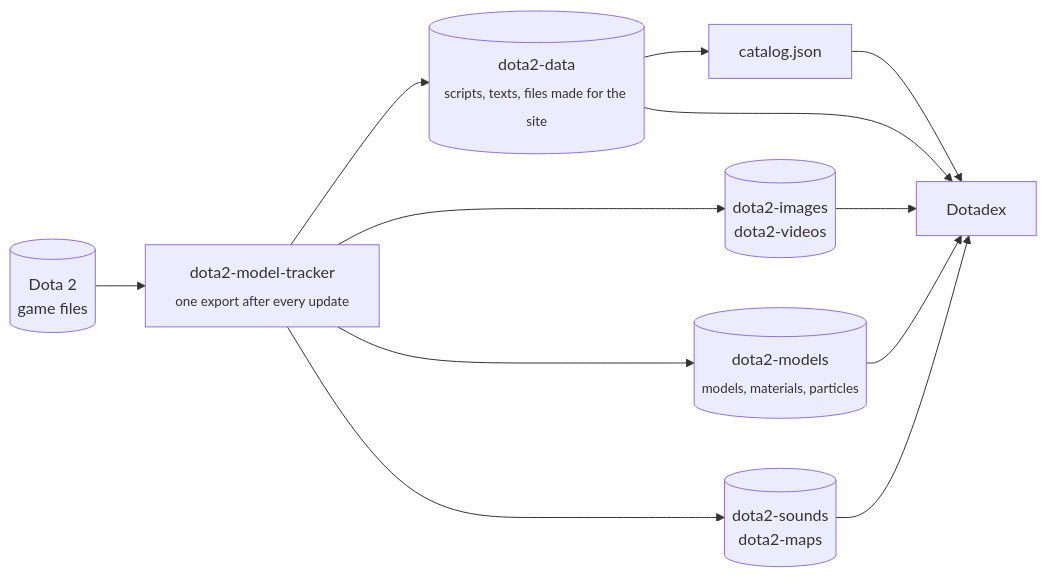
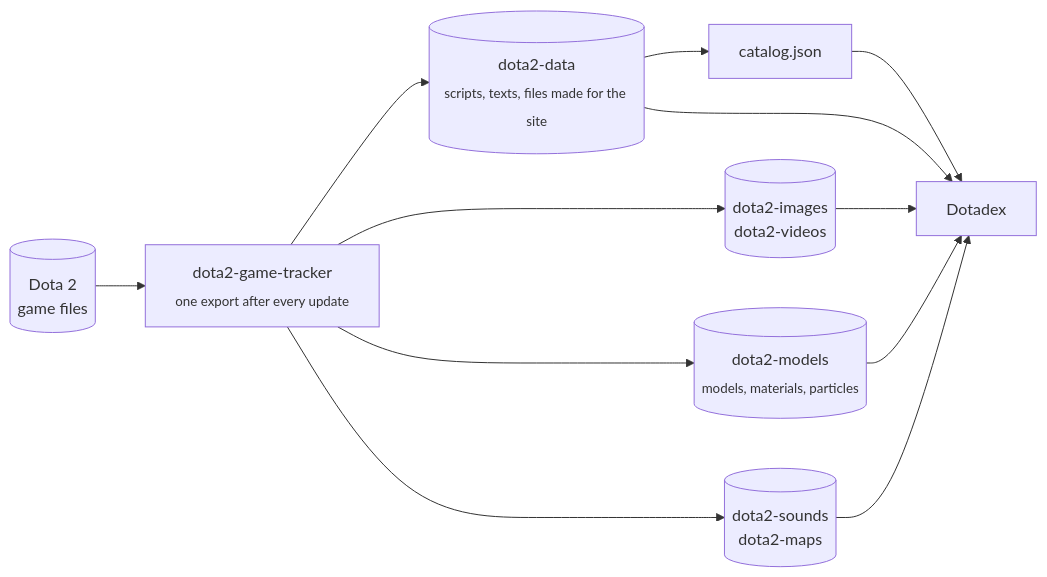
The diagram in README.md (S1nuxoff/Dotadex), drawn with Mermaid before and after one commit. The commit also changed other lines of this file and 2 other files, not shown here.

Commit message:
The tracker is dota2-game-tracker now (renamed on GitHub; the old name redirects)

````diff
--- a/README.md
+++ b/README.md
@@ -80,14 +80,14 @@
 ```mermaid
 flowchart LR
-    G[("Dota 2<br/>game files")] --> T["dota2-model-tracker<br/><sub>one export after every update</sub>"]
+    G[("Dota 2<br/>game files")] --> T["dota2-game-tracker<br/><sub>one export after every update</sub>"]
     T --> DA[("dota2-data<br/><sub>scripts, texts, files made for the site</sub>")]
     T --> IM[("dota2-images<br/>dota2-videos")]
     T --> MO[("dota2-models<br/><sub>models, materials, particles</sub>")]
     T --> SO[("dota2-sounds<br/>dota2-maps")]
     DA --> C["catalog.json"]
     C --> S["Dotadex"]
     DA --> S
     IM --> S
     MO --> S
     SO --> S
 ```
````
